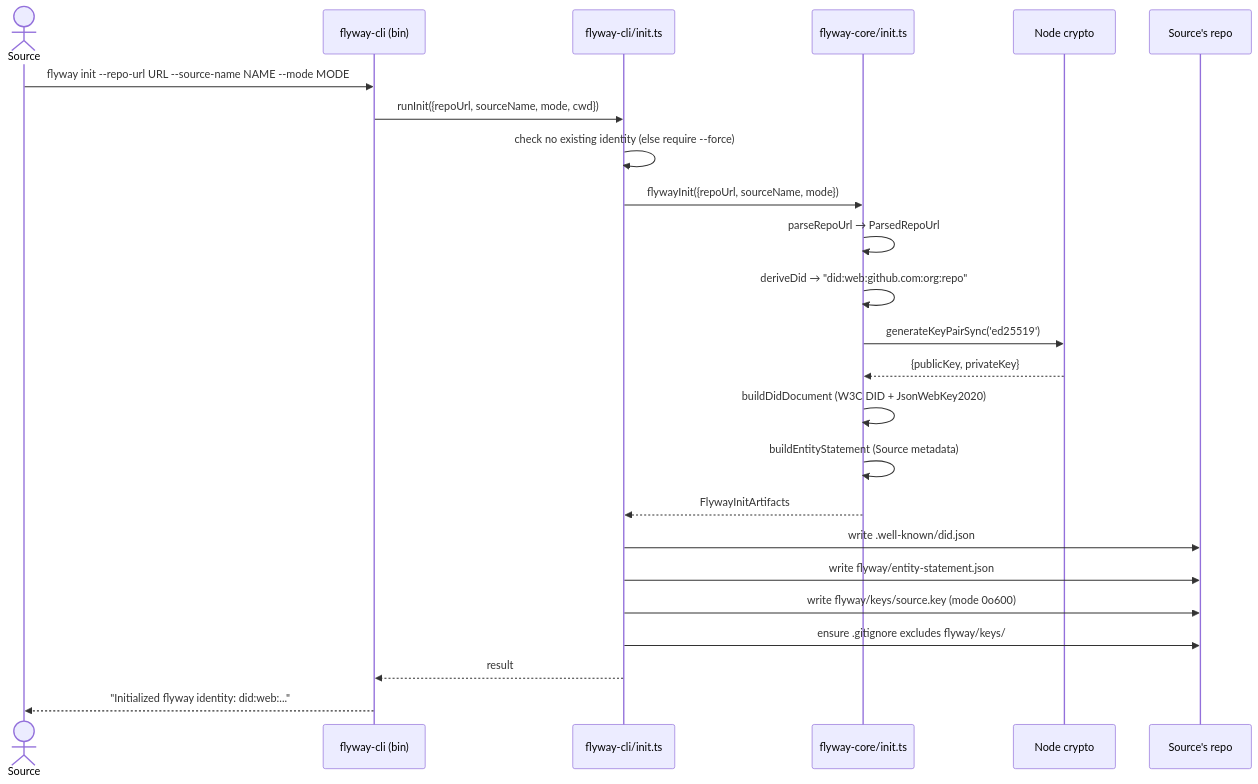
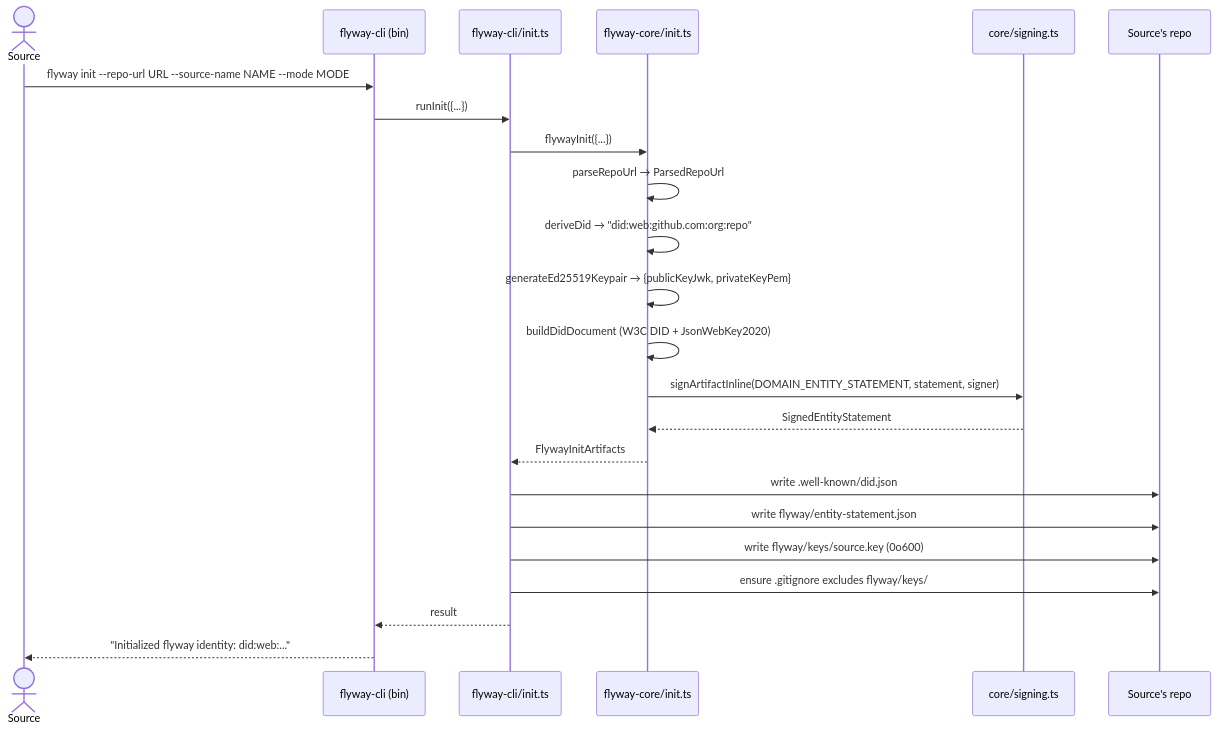
The third of 13 diagrams in docs/architecture/how-flyway-works.md (murmurations-ai/flyway), drawn with Mermaid before and after one commit. The commit also changed other lines of this file and 4 other files, not shown here.

````diff
--- a/docs/architecture/how-flyway-works.md
+++ b/docs/architecture/how-flyway-works.md
@@ -139,27 +167,26 @@
 ```mermaid
 sequenceDiagram
   actor S as Source
   participant CLI as flyway-cli (bin)
   participant INIT as flyway-cli/init.ts
   participant CORE as flyway-core/init.ts
-  participant CRYPTO as Node crypto
+  participant SIGN as core/signing.ts
   participant FS as Source's repo
 
   S->>CLI: flyway init --repo-url URL --source-name NAME --mode MODE
-  CLI->>INIT: runInit({repoUrl, sourceName, mode, cwd})
-  INIT->>INIT: check no existing identity (else require --force)
-  INIT->>CORE: flywayInit({repoUrl, sourceName, mode})
+  CLI->>INIT: runInit({...})
+  INIT->>CORE: flywayInit({...})
   CORE->>CORE: parseRepoUrl → ParsedRepoUrl
   CORE->>CORE: deriveDid → "did:web:github.com:org:repo"
-  CORE->>CRYPTO: generateKeyPairSync('ed25519')
-  CRYPTO-->>CORE: {publicKey, privateKey}
+  CORE->>CORE: generateEd25519Keypair → {publicKeyJwk, privateKeyPem}
   CORE->>CORE: buildDidDocument (W3C DID + JsonWebKey2020)
-  CORE->>CORE: buildEntityStatement (Source metadata)
+  CORE->>SIGN: signArtifactInline(DOMAIN_ENTITY_STATEMENT, statement, signer)
+  SIGN-->>CORE: SignedEntityStatement
   CORE-->>INIT: FlywayInitArtifacts
   INIT->>FS: write .well-known/did.json
   INIT->>FS: write flyway/entity-statement.json
-  INIT->>FS: write flyway/keys/source.key (mode 0o600)
+  INIT->>FS: write flyway/keys/source.key (0o600)
   INIT->>FS: ensure .gitignore excludes flyway/keys/
   INIT-->>CLI: result
   CLI-->>S: "Initialized flyway identity: did:web:..."
 ```
````
